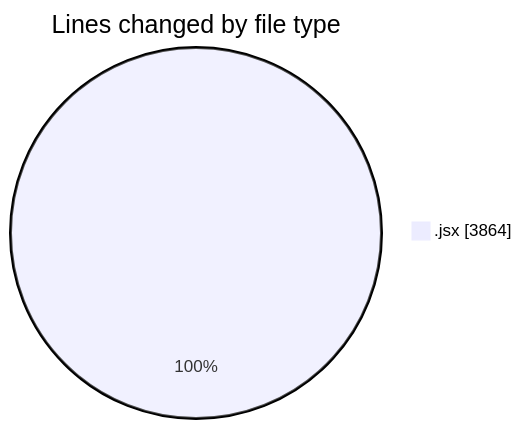
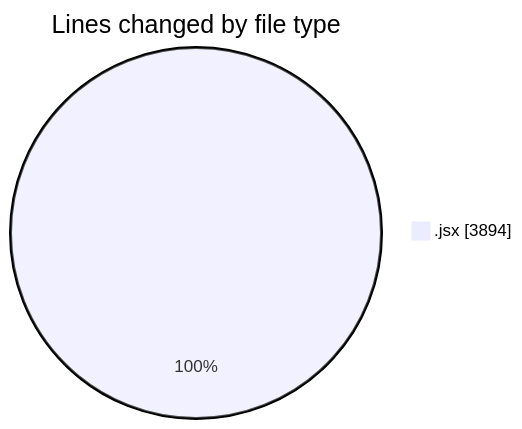
One commit to nxtqubesakshisongat/code-tracking changed the first of 2 diagrams in 2025-11-18/nxtqube_webapp/README.md. Above: the diagram before and after it, drawn with Mermaid. The commit also changed other lines of this file and 1 other file, not shown here.

````diff
--- a/2025-11-18/nxtqube_webapp/README.md
+++ b/2025-11-18/nxtqube_webapp/README.md
@@ -23,5 +23,5 @@
 ```mermaid
 pie showData
 title Lines changed by file type
-".jsx" : 3864
+".jsx" : 3894
 ```
````
